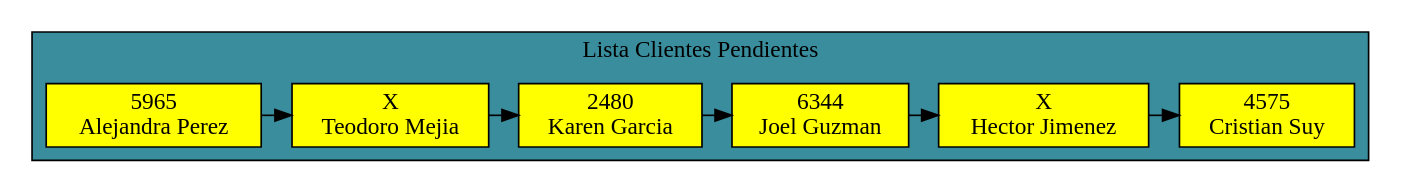
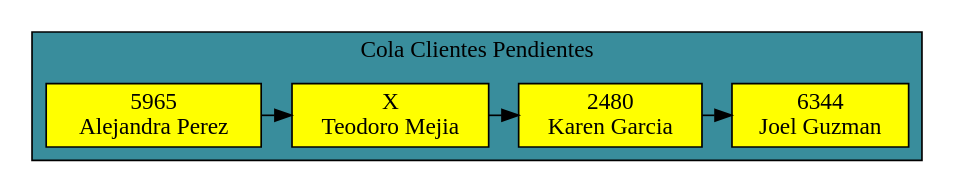
Before and after one commit to ELVISJVV/EDD_VJ1S2023_PY_202006666: the diagram in cola.dot, drawn with Graphviz. The commit also changed 84 other files, not shown here.

```diff
--- a/cola.dot
+++ b/cola.dot
@@ -1,31 +1,23 @@
 digraph L{
 node [shape=box fillcolor="#FFEDBB" style = filled]
 subgraph cluster_p{
-label="Lista Clientes Pendientes"
+label="Cola Clientes Pendientes"
 bgcolor = "#398D9C"
-Columna1[label = "4575
-Cristian Suy", fillcolor=yellow];
-Columna2[label = "X
-Hector Jimenez", fillcolor=yellow];
-Columna3[label = "6344
+Columna1[label = "6344
 Joel Guzman", fillcolor=yellow];
-Columna4[label = "2480
+Columna2[label = "2480
 Karen Garcia", fillcolor=yellow];
-Columna5[label = "X
+Columna3[label = "X
 Teodoro Mejia", fillcolor=yellow];
-Columna6[label = "5965
+Columna4[label = "5965
 Alejandra Perez", fillcolor=yellow];
 {rank = same;
 Columna1;
 Columna2;
 Columna3;
-Columna4;
-Columna5;
-Columna6}
-Columna6-> Columna5;
-Columna5-> Columna4;
+Columna4}
 Columna4-> Columna3;
 Columna3-> Columna2;
 Columna2-> Columna1;
 }
 }
```
